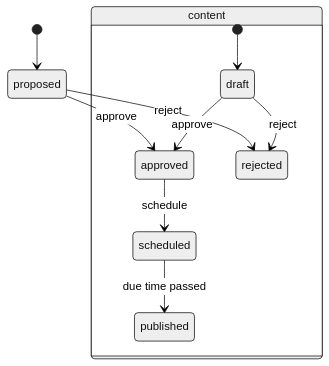
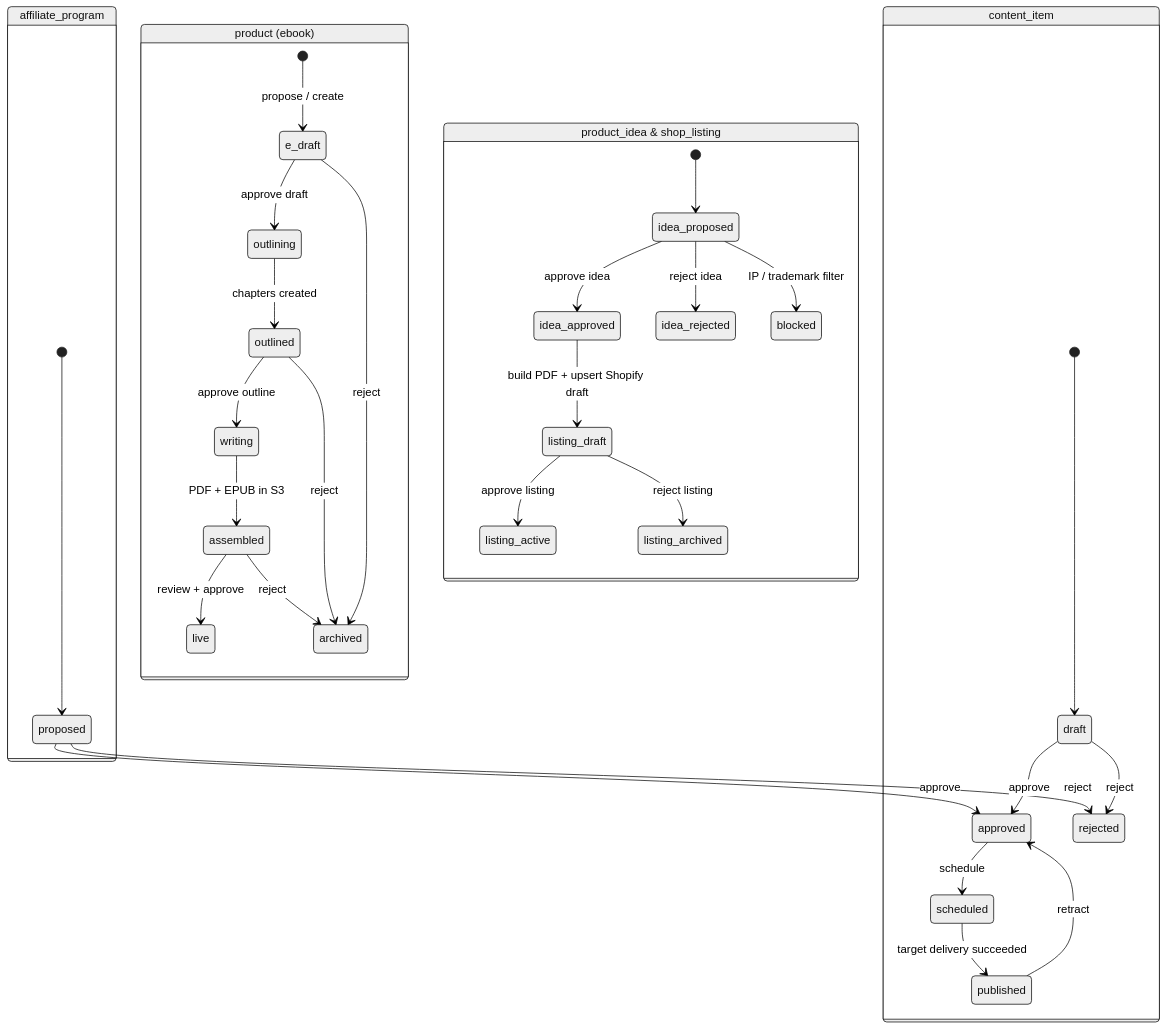
The third of 8 diagrams in README.md (ovezthaking/Autonomous-AI-Revenue-System), drawn with Mermaid (neutral theme) before and after one commit. The commit also changed other lines of this file, not shown here.

Commit message:
Update readme with shopify digital store and trend discovery

````diff
--- a/README.md
+++ b/README.md
@@ -86,14 +149,39 @@
 ```mermaid
 stateDiagram-v2
-  [*] --> proposed
-  proposed --> approved: approve
-  proposed --> rejected: reject
+  state "affiliate_program" as prog {
+    [*] --> proposed
+    proposed --> approved: approve
+    proposed --> rejected: reject
+  }
 
-  state "content" as content {
+  state "content_item" as content {
     [*] --> draft
     draft --> approved: approve
     draft --> rejected: reject
     approved --> scheduled: schedule
-    scheduled --> published: due time passed
+    scheduled --> published: target delivery succeeded
+    published --> approved: retract
+  }
+
+  state "product (ebook)" as ebook {
+    [*] --> e_draft: propose / create
+    e_draft --> outlining: approve draft
+    outlining --> outlined: chapters created
+    outlined --> writing: approve outline
+    writing --> assembled: PDF + EPUB in S3
+    assembled --> live: review + approve
+    e_draft --> archived: reject
+    outlined --> archived: reject
+    assembled --> archived: reject
+  }
+
+  state "product_idea & shop_listing" as shop {
+    [*] --> idea_proposed
+    idea_proposed --> idea_approved: approve idea
+    idea_proposed --> idea_rejected: reject idea
+    idea_proposed --> blocked: IP / trademark filter
+    idea_approved --> listing_draft: build PDF + upsert Shopify draft
+    listing_draft --> listing_active: approve listing
+    listing_draft --> listing_archived: reject listing
   }
 ```
````
